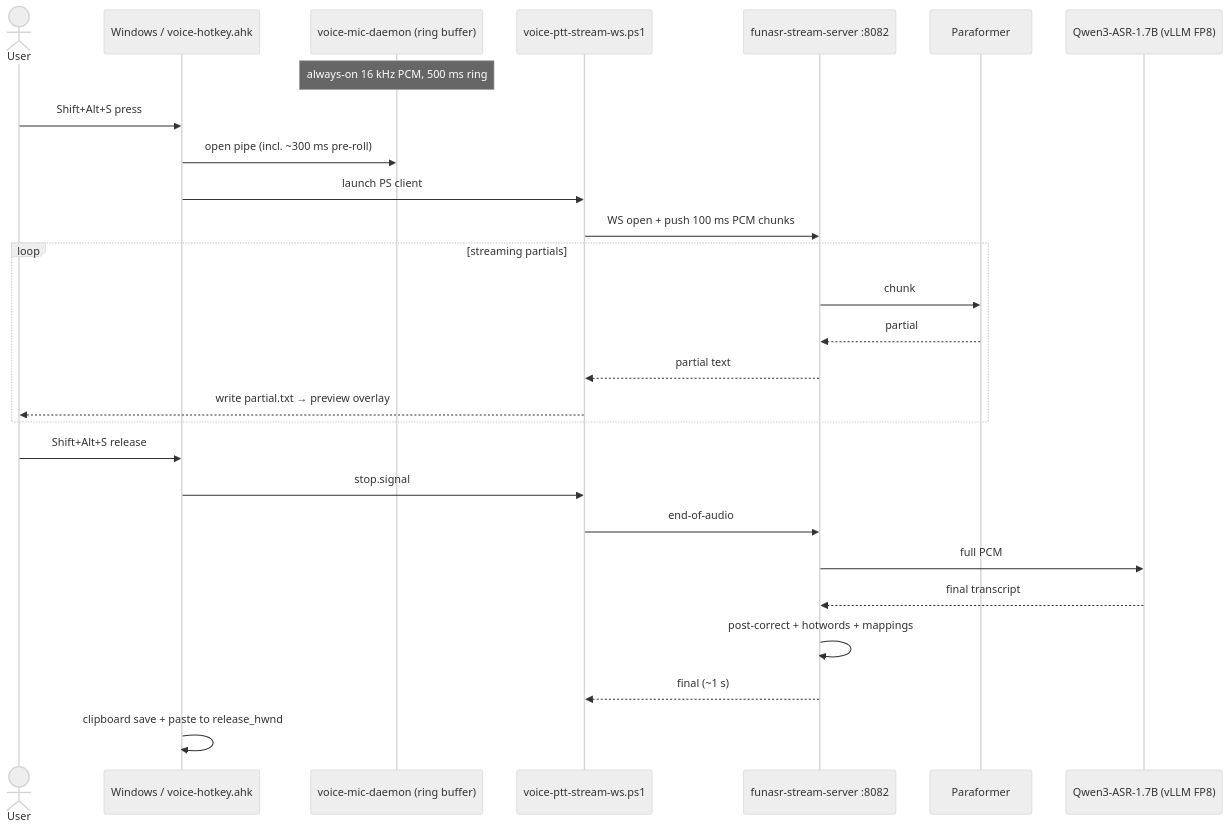
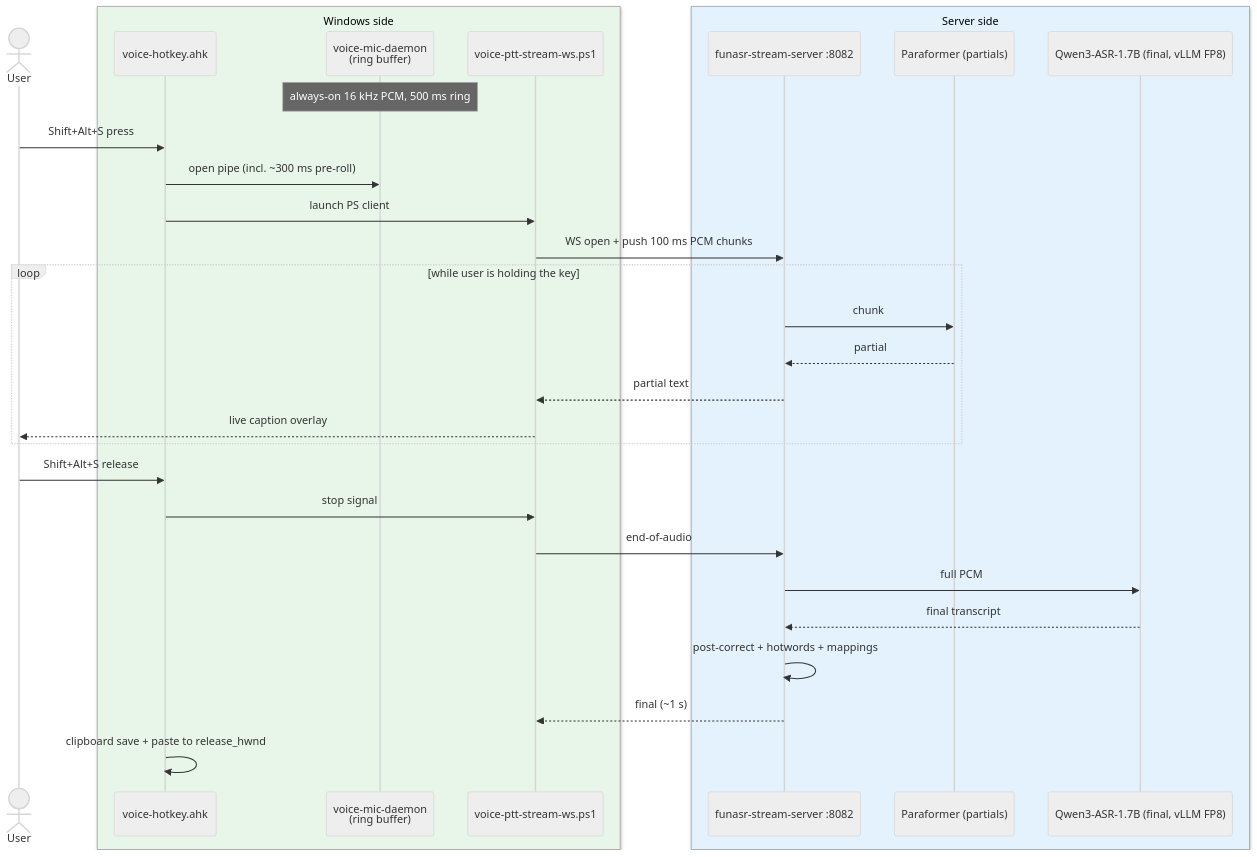
The second of 3 diagrams in docs/ARCHITECTURE.md (fzhiy/voice-stt), drawn with Mermaid before and after one commit. The commit also changed other lines of this file, not shown here.

First line of the commit message:
docs: rewrite ARCHITECTURE.md into 3 audience layers

````diff
--- a/docs/ARCHITECTURE.md
+++ b/docs/ARCHITECTURE.md
@@ -26,34 +94,38 @@
 ```mermaid
 %%{init: {'theme':'neutral'}}%%
 sequenceDiagram
     actor User
-    participant AHK as Windows / voice-hotkey.ahk
-    participant Mic as voice-mic-daemon (ring buffer)
+    box rgb(232,245,233) Windows side
+    participant AHK as voice-hotkey.ahk
+    participant Mic as voice-mic-daemon<br/>(ring buffer)
     participant WS as voice-ptt-stream-ws.ps1
+    end
+    box rgb(227,242,253) Server side
     participant Server as funasr-stream-server :8082
-    participant Para as Paraformer
-    participant Qwen3 as Qwen3-ASR-1.7B (vLLM FP8)
+    participant Para as Paraformer (partials)
+    participant Qwen3 as Qwen3-ASR-1.7B (final, vLLM FP8)
+    end
 
     Note over Mic: always-on 16 kHz PCM, 500 ms ring
 
     User->>AHK: Shift+Alt+S press
     AHK->>Mic: open pipe (incl. ~300 ms pre-roll)
     AHK->>WS: launch PS client
     WS->>Server: WS open + push 100 ms PCM chunks
 
-    loop streaming partials
+    loop while user is holding the key
         Server->>Para: chunk
         Para-->>Server: partial
         Server-->>WS: partial text
-        WS-->>User: write partial.txt → preview overlay
+        WS-->>User: live caption overlay
     end
 
     User->>AHK: Shift+Alt+S release
-    AHK->>WS: stop.signal
+    AHK->>WS: stop signal
     WS->>Server: end-of-audio
     Server->>Qwen3: full PCM
     Qwen3-->>Server: final transcript
     Server->>Server: post-correct + hotwords + mappings
     Server-->>WS: final (~1 s)
     AHK->>AHK: clipboard save + paste to release_hwnd
 ```
````
